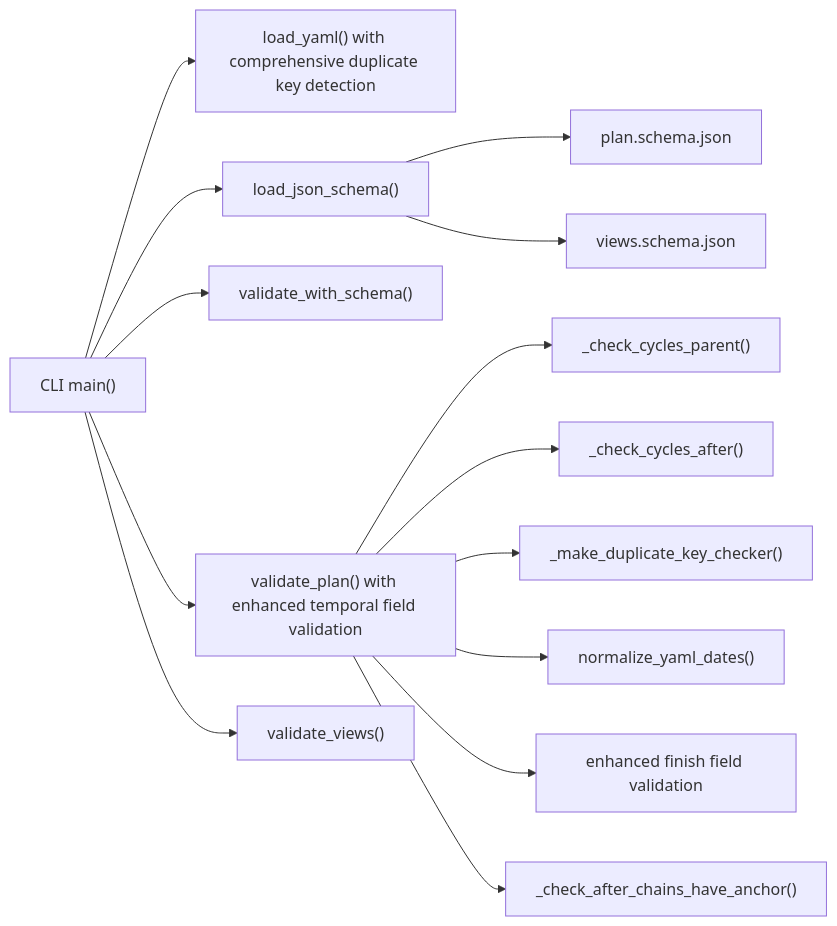
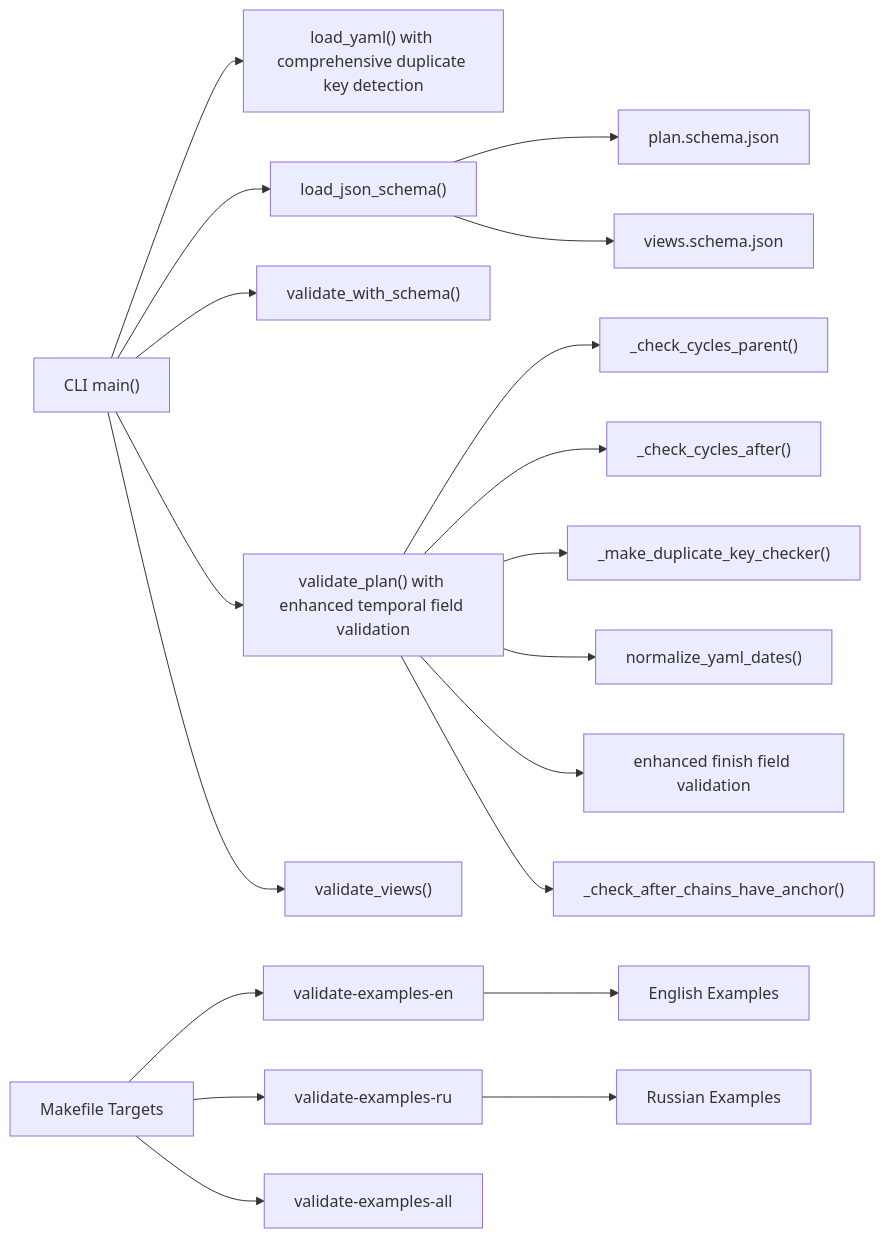
One commit to asukhodko/opskarta changed the third of 3 diagrams in .qoder/repowiki/en/content/Tooling and Utilities/Validation System.md. Above: the diagram before and after it, drawn with Mermaid. The commit also changed other lines of this file and 7 other files, not shown here.

First line of the commit message:
feat(docs): add bilingual English and Russian examples and specifications

````diff
--- a/.qoder/repowiki/en/content/Tooling and Utilities/Validation System.md
+++ b/.qoder/repowiki/en/content/Tooling and Utilities/Validation System.md
@@ -338,16 +471,21 @@
 ```mermaid
 graph LR
 CLI["CLI main()"] --> LOAD_YAML["load_yaml() with comprehensive duplicate key detection"]
 CLI --> LOAD_SCHEMA["load_json_schema()"]
 CLI --> VALIDATE_SCHEMA["validate_with_schema()"]
 CLI --> VALIDATE_PLAN["validate_plan() with enhanced temporal field validation"]
 CLI --> VALIDATE_VIEWS["validate_views()"]
 VALIDATE_PLAN --> CYCLE_PARENT["_check_cycles_parent()"]
 VALIDATE_PLAN --> CYCLE_AFTER["_check_cycles_after()"]
 VALIDATE_PLAN --> DUPLICATE_KEY_CHECKER["_make_duplicate_key_checker()"]
 VALIDATE_PLAN --> DATE_NORMALIZATION["normalize_yaml_dates()"]
 VALIDATE_PLAN --> FINISH_FIELD_VALIDATION["enhanced finish field validation"]
 VALIDATE_PLAN --> AFTER_CHAIN_CHECK["_check_after_chains_have_anchor()"]
 LOAD_SCHEMA --> PLAN_SCHEMA["plan.schema.json"]
 LOAD_SCHEMA --> VIEWS_SCHEMA["views.schema.json"]
+MAKE["Makefile Targets"] --> VALIDATE_EXAMPLES_EN["validate-examples-en"]
+MAKE --> VALIDATE_EXAMPLES_RU["validate-examples-ru"]
+MAKE --> VALIDATE_EXAMPLES_ALL["validate-examples-all"]
+VALIDATE_EXAMPLES_EN --> EN_EXAMPLES["English Examples"]
+VALIDATE_EXAMPLES_RU --> RU_EXAMPLES["Russian Examples"]
 ```
````
